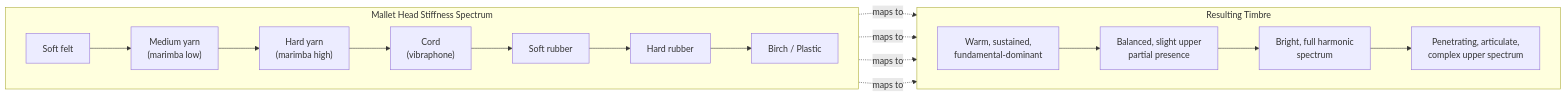
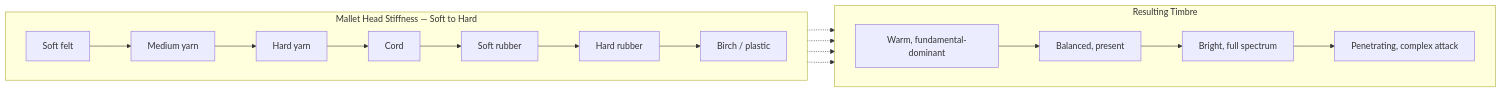
One commit to blebleblee/synapse changed the second of 7 diagrams in topics/arts/music_performance/percussion/lesson_01_mallet_techniques.md. Above: the diagram before and after it, drawn with Mermaid. The commit also changed other lines of this file and 4 other files, not shown here.

````diff
--- a/topics/arts/music_performance/percussion/lesson_01_mallet_techniques.md
+++ b/topics/arts/music_performance/percussion/lesson_01_mallet_techniques.md
@@ -84,15 +70,15 @@
 ```mermaid
 flowchart LR
-    subgraph sub_mallet_head_stiffness_spectrum ["Mallet Head Stiffness Spectrum"]
+    subgraph sub_stiffness_spectrum ["Mallet Head Stiffness — Soft to Hard"]
         direction LR
-        A["Soft felt"] --> B["Medium yarn\n(marimba low)"] --> C["Hard yarn\n(marimba high)"] --> D["Cord\n(vibraphone)"] --> E["Soft rubber"] --> F["Hard rubber"] --> G["Birch / Plastic"]
+        S1["Soft felt"] --> S2["Medium yarn"] --> S3["Hard yarn"] --> S4["Cord"] --> S5["Soft rubber"] --> S6["Hard rubber"] --> S7["Birch / plastic"]
     end
-    subgraph sub_resulting_timbre ["Resulting Timbre"]
+    subgraph sub_timbre_map ["Resulting Timbre"]
         direction LR
-        H["Warm, sustained,\nfundamental-dominant"] --> I["Balanced, slight upper\npartial presence"] --> J["Bright, full harmonic\nspectrum"] --> K["Penetrating, articulate,\ncomplex upper spectrum"]
+        T1["Warm, fundamental-dominant"] --> T2["Balanced, present"] --> T3["Bright, full spectrum"] --> T4["Penetrating, complex attack"]
     end
-    A -.->|maps to| H
-    D -.->|maps to| I
-    F -.->|maps to| J
-    G -.->|maps to| K
+    S1 -.-> T1
+    S4 -.-> T2
+    S6 -.-> T3
+    S7 -.-> T4
 ```
````
